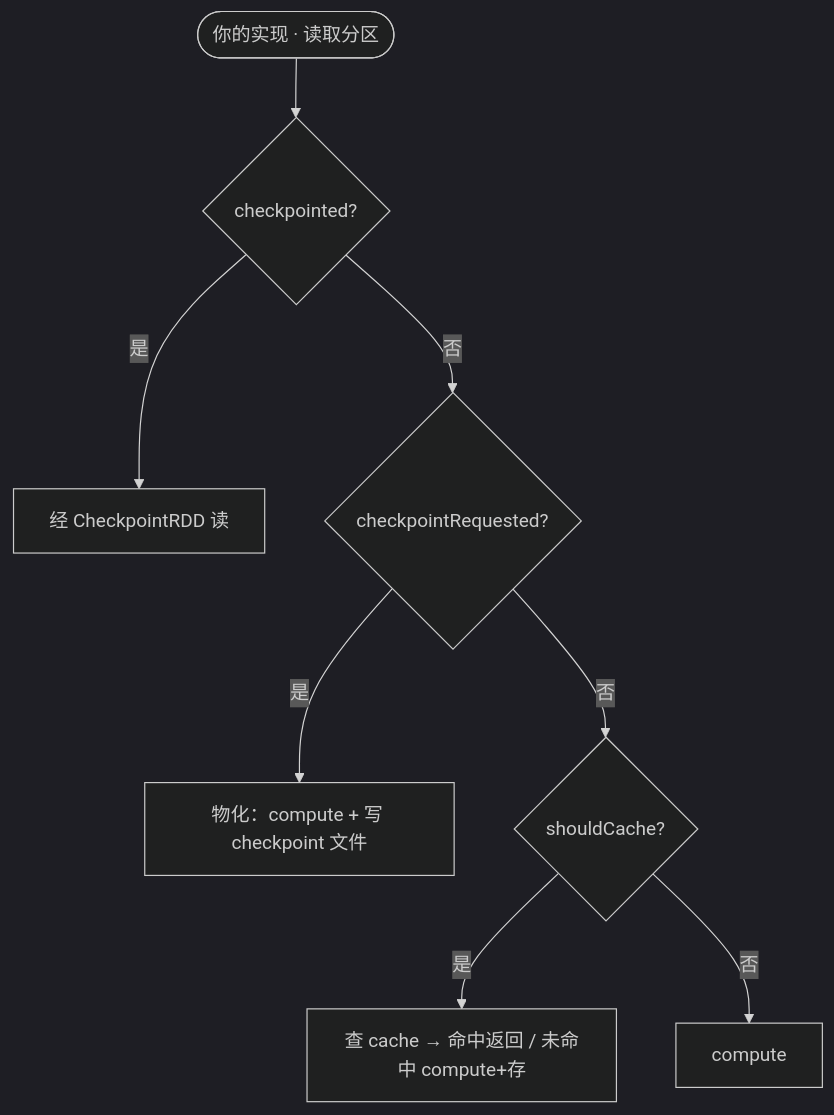
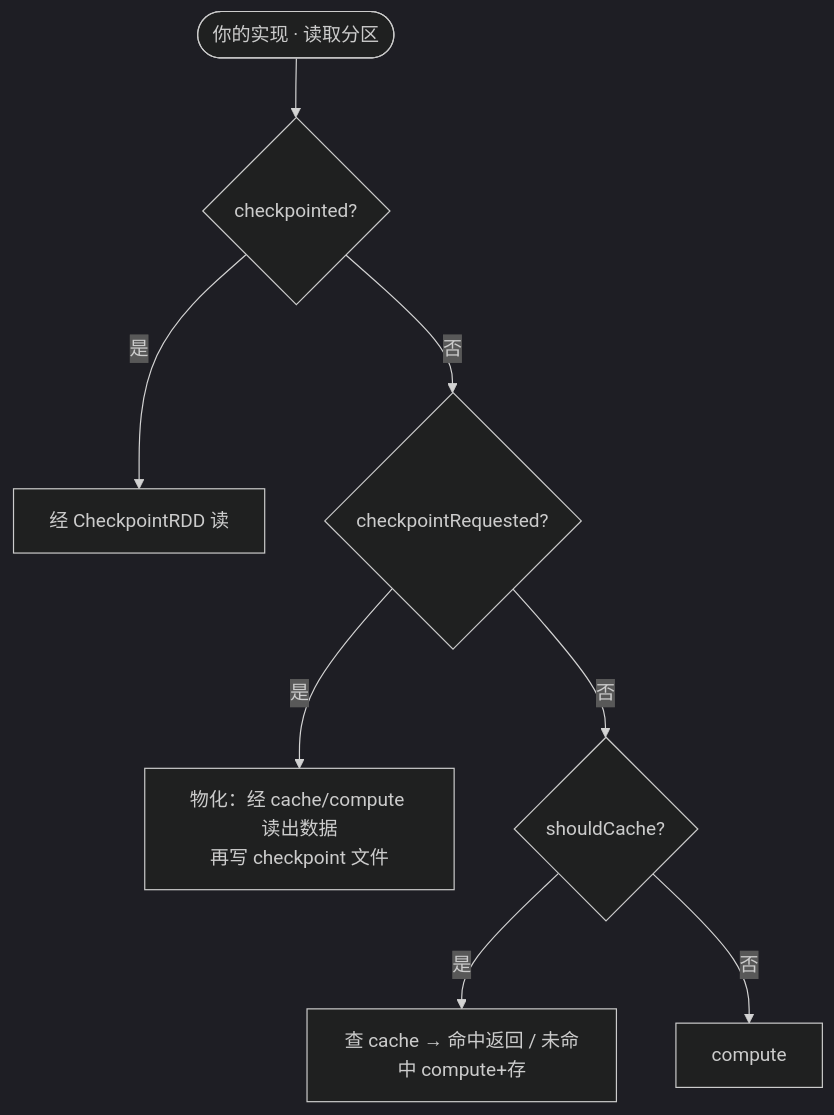
Before and after one commit to rchaocai/mini-spark: the third of 4 diagrams in content/docs/03-part3/ch13-real-spark.md, drawn with Mermaid (dark theme). The commit also changed other lines of this file and 7 other files, not shown here.

````diff
--- a/content/docs/03-part3/ch13-real-spark.md
+++ b/content/docs/03-part3/ch13-real-spark.md
@@ -574,10 +573,10 @@
 ```mermaid
 flowchart TD
     A1([你的实现 · 读取分区]) --> B1{checkpointed?}
     B1 -- 是 --> C1[经 CheckpointRDD 读]
     B1 -- 否 --> P1{checkpointRequested?}
-    P1 -- 是 --> Q1[物化：compute + 写 checkpoint 文件]
+    P1 -- 是 --> Q1[物化：经 cache/compute 读出数据<br/>再写 checkpoint 文件]
     P1 -- 否 --> D1{shouldCache?}
     D1 -- 是 --> E1[查 cache → 命中返回 / 未命中 compute+存]
     D1 -- 否 --> F1[compute]
 ```
````
